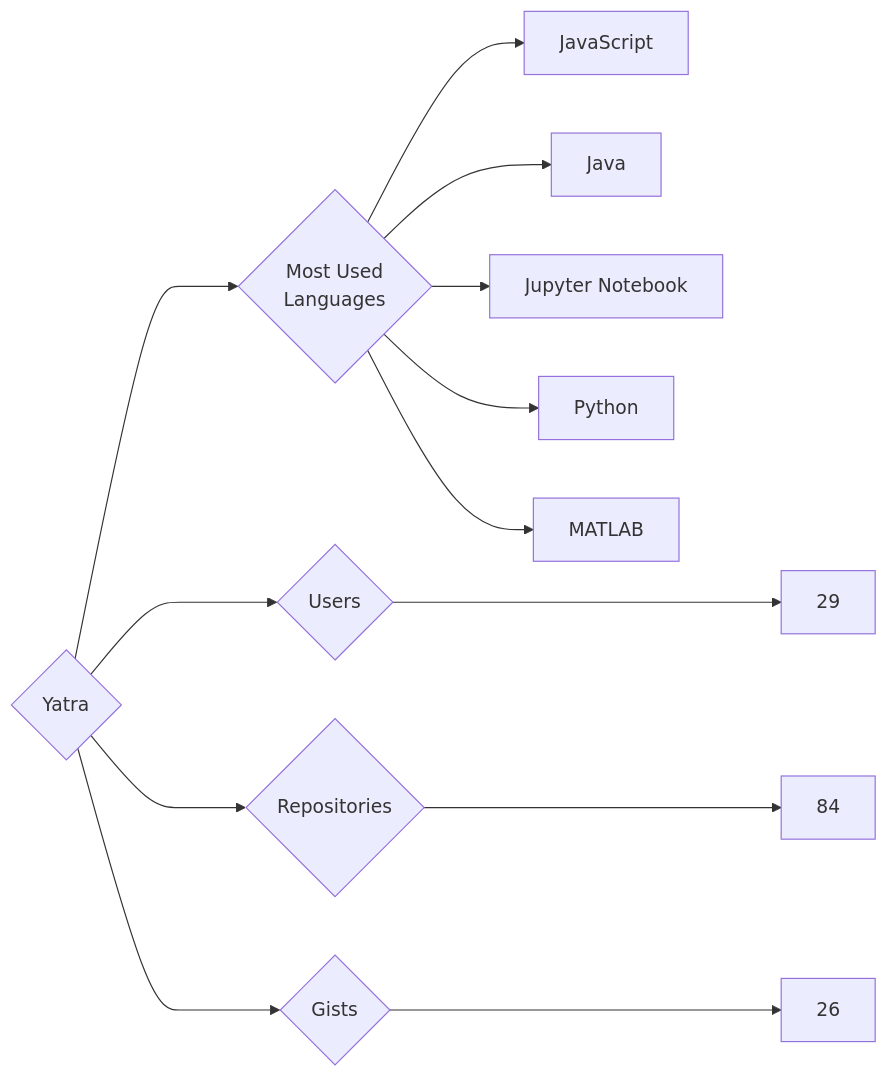
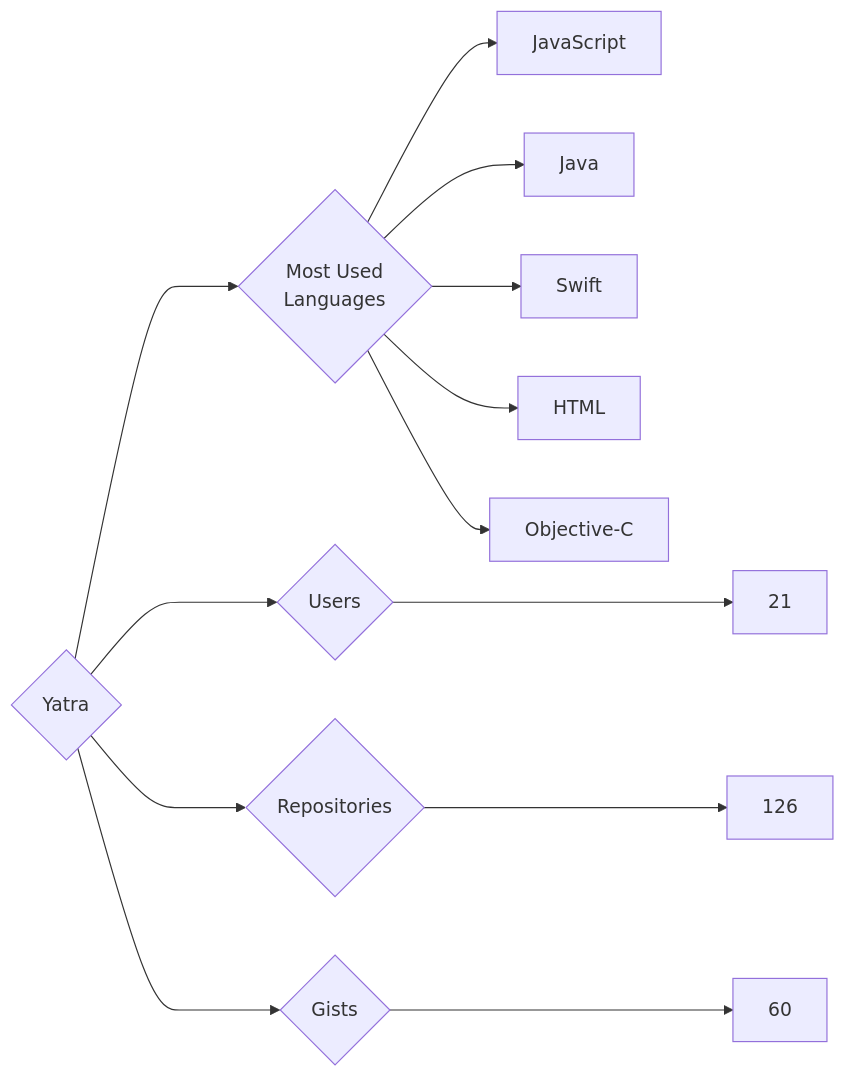
One commit to trickest/insiders changed the diagram in targets/Yatra/README.md. Above: the diagram before and after it, drawn with Mermaid. The commit also changed 715 other files, not shown here.

````diff
--- a/targets/Yatra/README.md
+++ b/targets/Yatra/README.md
@@ -3,13 +3,13 @@
 ```mermaid
 graph LR
 COMPANY_NAME{Yatra}
-COMPANY_NAME ---> U{Users} ---> UN[29]
-COMPANY_NAME ---> R{Repositories} ---> RN[84]
-COMPANY_NAME ---> G{Gists} ---> GN[26]
+COMPANY_NAME ---> U{Users} ---> UN[21]
+COMPANY_NAME ---> R{Repositories} ---> RN[126]
+COMPANY_NAME ---> G{Gists} ---> GN[60]
 COMPANY_NAME ---> ML{Most Used<br>Languages}
 ML --> JavaScript[JavaScript]
 ML --> Java[Java]
-ML --> Jupyter_Notebook[Jupyter Notebook]
-ML --> Python[Python]
-ML --> MATLAB[MATLAB]
+ML --> Swift[Swift]
+ML --> HTML[HTML]
+ML --> Objective-C[Objective-C]
 ```
````
